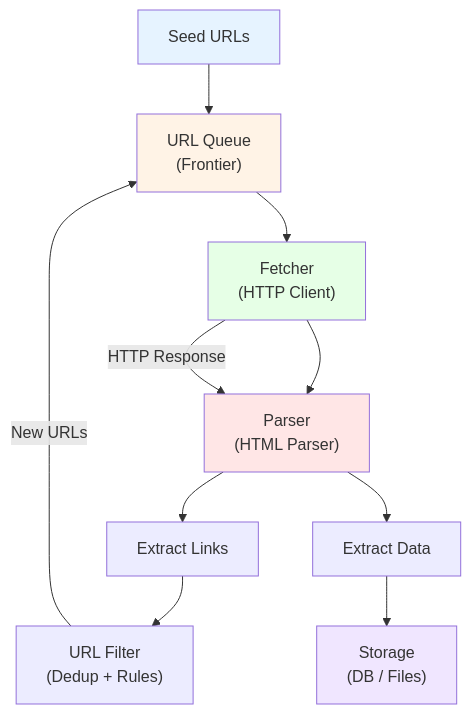
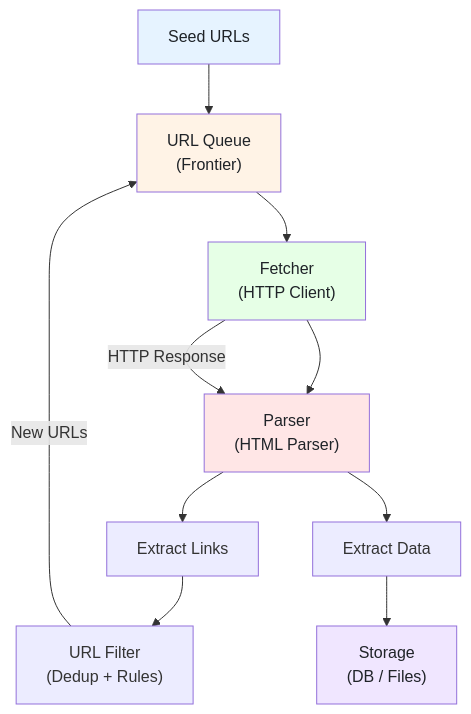
Before and after one commit to bytetunnels/bytetunnels.github.com: the first of 5 diagrams in _posts/2026-02-04-how-web-crawling-works-principles-basic-architecture.md, drawn with Mermaid. The commit also changed other lines of this file and 118 other files, not shown here.

Commit message:
feat: improve diagram styling and compact wide flowcharts

````diff
--- a/_posts/2026-02-04-how-web-crawling-works-principles-basic-architecture.md
+++ b/_posts/2026-02-04-how-web-crawling-works-principles-basic-architecture.md
@@ -33,18 +33,18 @@
 ```mermaid
 graph TD
     A["Seed URLs"] --> B["URL Queue<br>(Frontier)"]
     B --> C["Fetcher<br>(HTTP Client)"]
     C --> D["Parser<br>(HTML Parser)"]
     D --> E["Extract Links"]
     D --> F["Extract Data"]
     E --> G["URL Filter<br>(Dedup + Rules)"]
     G -->|"New URLs"| B
     F --> H["Storage<br>(DB / Files)"]
     C -->|"HTTP Response"| D
 
-    style A fill:#e6f3ff
-    style B fill:#fff3e6
-    style C fill:#e6ffe6
-    style D fill:#ffe6e6
-    style H fill:#f0e6ff
+    style A fill:#e6f3ff,color:#1f2328
+    style B fill:#fff3e6,color:#1f2328
+    style C fill:#e6ffe6,color:#1f2328
+    style D fill:#ffe6e6,color:#1f2328
+    style H fill:#f0e6ff,color:#1f2328
 ```
````
